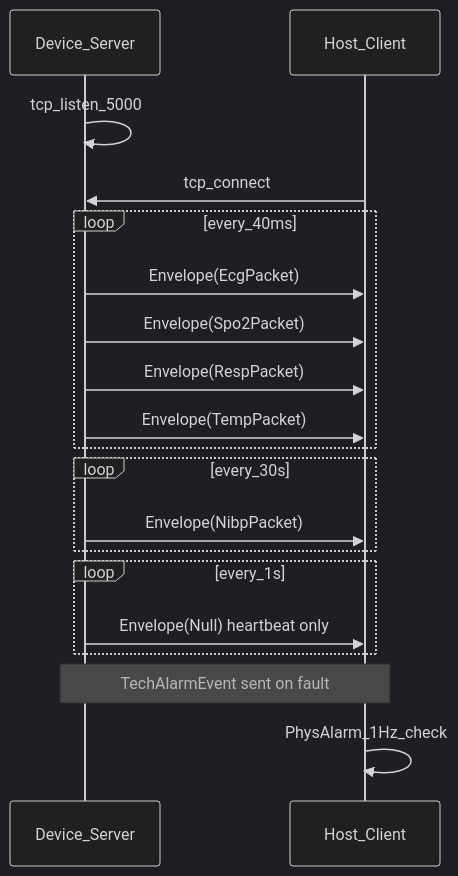
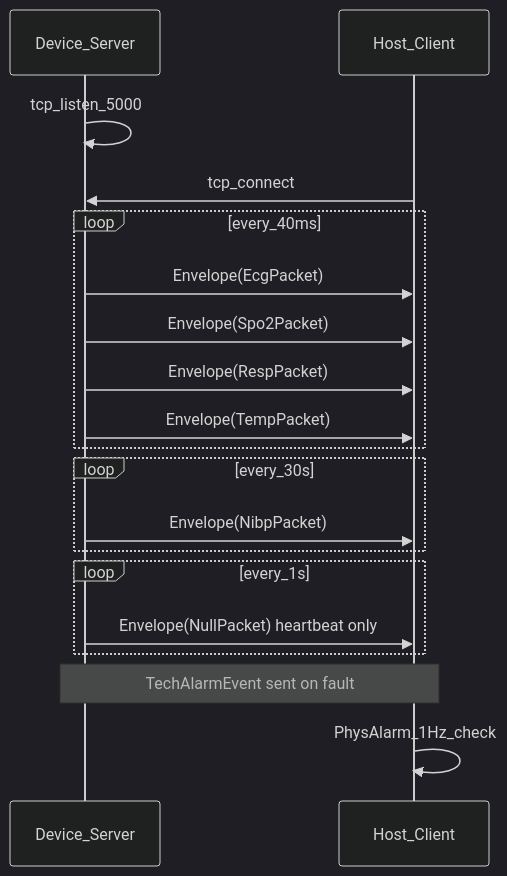
Before and after one commit to BoydWPaine/MiniPatientMonitor: the fourth of 5 diagrams in docs/Architecture.md, drawn with Mermaid (dark theme). The commit also changed other lines of this file and 4 other files, not shown here.

First line of the commit message:
Rename Null to NullPacket for naming consistency

````diff
--- a/docs/Architecture.md
+++ b/docs/Architecture.md
@@ -349,21 +349,21 @@
 ```mermaid
 sequenceDiagram
     participant D as Device_Server
     participant H as Host_Client
     D->>D: tcp_listen_5000
     H->>D: tcp_connect
     loop every_40ms
         D->>H: Envelope(EcgPacket)
         D->>H: Envelope(Spo2Packet)
         D->>H: Envelope(RespPacket)
         D->>H: Envelope(TempPacket)
     end
     loop every_30s
         D->>H: Envelope(NibpPacket)
     end
     loop every_1s
-        D->>H: Envelope(Null) heartbeat only
+        D->>H: Envelope(NullPacket) heartbeat only
     end
     Note over D,H: TechAlarmEvent sent on fault
     H->>H: PhysAlarm_1Hz_check
 ```
````
